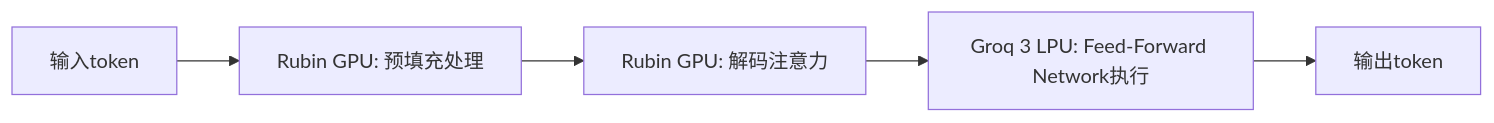
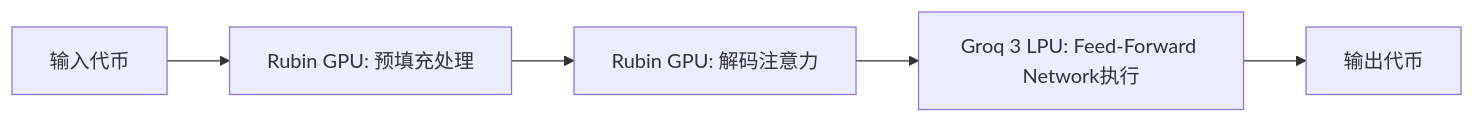
The first of 3 diagrams in articles/zh/2026-03-18-nvidia-vera-rubin-inference-infrastructure.md (no-problem-dev/rick-brick-content), drawn with Mermaid before and after one commit. The commit also changed other lines of this file and 126 other files, not shown here.

````diff
--- a/articles/zh/2026-03-18-nvidia-vera-rubin-inference-infrastructure.md
+++ b/articles/zh/2026-03-18-nvidia-vera-rubin-inference-infrastructure.md
@@ -111,7 +111,7 @@
 ```mermaid
 graph LR
-    A[输入token] --> B[Rubin GPU: 预填充处理]
+    A[输入代币] --> B[Rubin GPU: 预填充处理]
     B --> C[Rubin GPU: 解码注意力]
     C --> D[Groq 3 LPU: Feed-Forward Network执行]
-    D --> E[输出token]
+    D --> E[输出代币]
 ```
````
